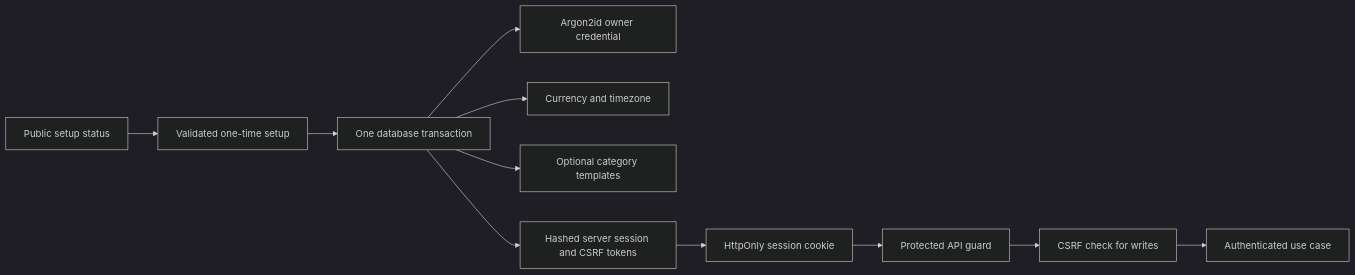
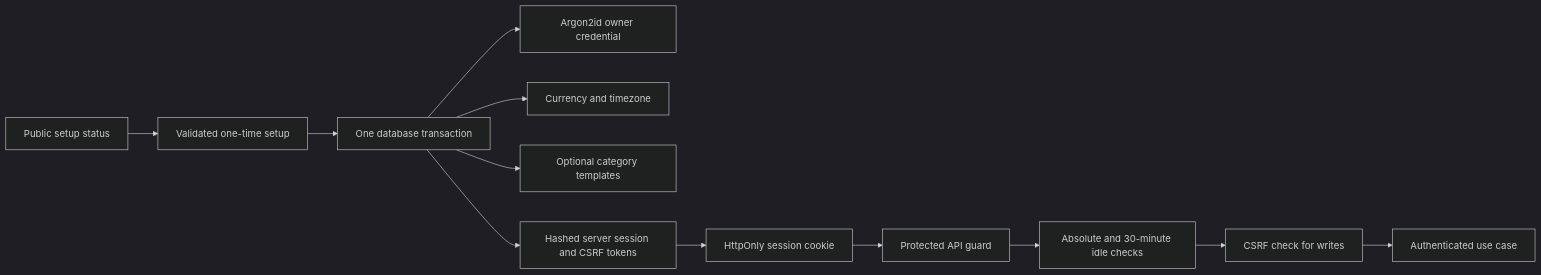
Before and after one commit to Gollardo/hermes: the first of 7 diagrams in docs/architecture/data-flow.md, drawn with Mermaid (dark theme). The commit also changed other lines of this file and 74 other files, not shown here.

````diff
--- a/docs/architecture/data-flow.md
+++ b/docs/architecture/data-flow.md
@@ -9,13 +9,14 @@
 ```mermaid
 flowchart LR
     Status["Public setup status"] --> Setup["Validated one-time setup"]
     Setup --> Tx["One database transaction"]
     Tx --> Credential["Argon2id owner credential"]
     Tx --> Preferences["Currency and timezone"]
     Tx --> Categories["Optional category templates"]
     Tx --> Session["Hashed server session and CSRF tokens"]
     Session --> Cookie["HttpOnly session cookie"]
     Cookie --> Guard["Protected API guard"]
-    Guard --> CSRF["CSRF check for writes"]
+    Guard --> Idle["Absolute and 30-minute idle checks"]
+    Idle --> CSRF["CSRF check for writes"]
     CSRF --> UseCase["Authenticated use case"]
 ```
````
